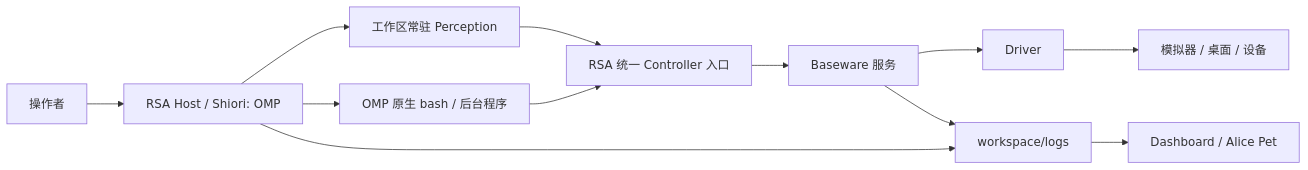
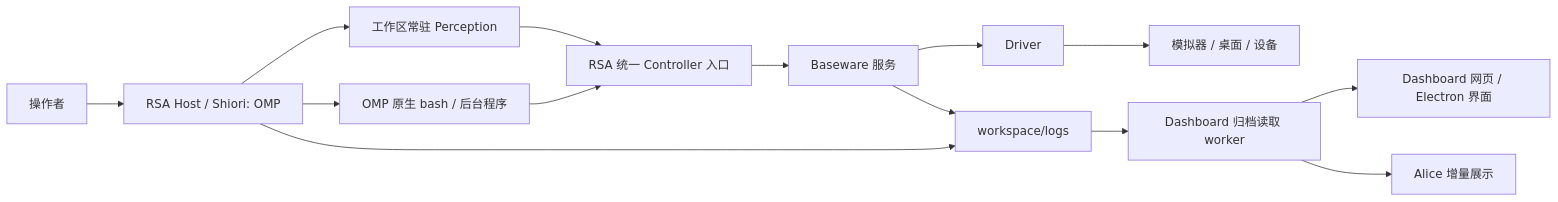
Before and after one commit to luokerenx4/Ludens-alpha: the diagram in docs/architecture.md, drawn with Mermaid. The commit also changed other lines of this file and 56 other files, not shown here.

````diff
--- a/docs/architecture.md
+++ b/docs/architecture.md
@@ -15,14 +15,16 @@
 ```mermaid
 flowchart LR
     O[操作者] --> H[RSA Host / Shiori: OMP]
     H --> P[工作区常驻 Perception]
     H --> S[OMP 原生 bash / 后台程序]
     S --> C[RSA 统一 Controller 入口]
     P --> C
     C --> B[Baseware 服务]
     B --> D[Driver]
     D --> E[模拟器 / 桌面 / 设备]
     H --> L[workspace/logs]
     B --> L
-    L --> V[Dashboard / Alice Pet]
+    L --> R[Dashboard 归档读取 worker]
+    R --> V[Dashboard 网页 / Electron 界面]
+    R --> A[Alice 增量展示]
 ```
````
